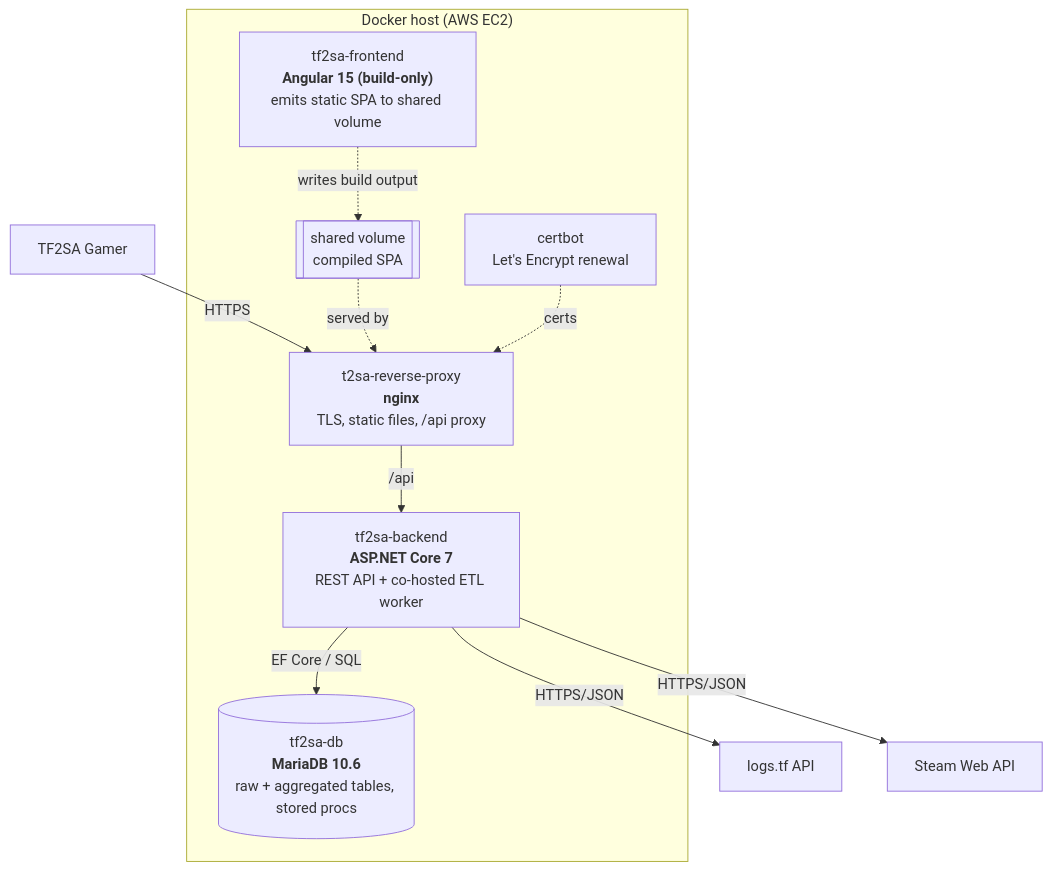
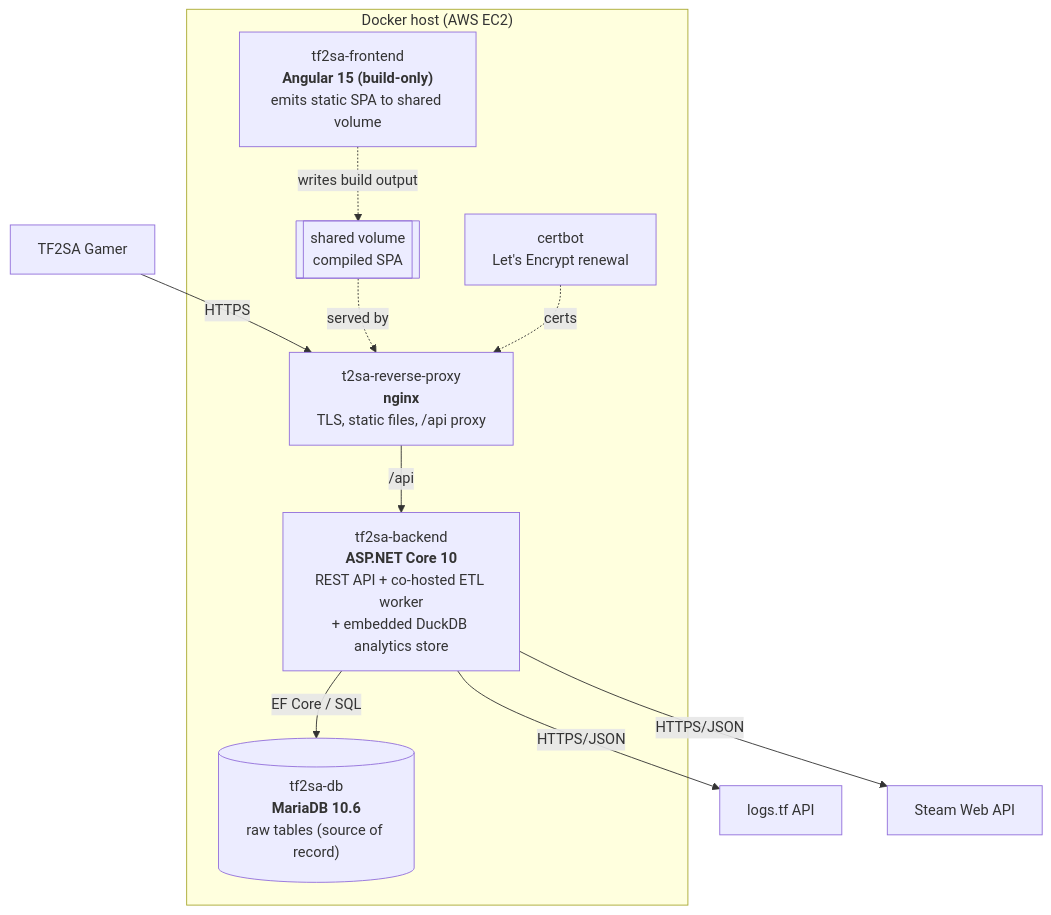
Before and after one commit to DeradoZA/tf2sa: the second of 3 diagrams in docs/architecture/overview.md, drawn with Mermaid. The commit also changed other lines of this file and 12 other files, not shown here.

First line of the commit message:
docs: DuckDB analytics read-layer design (ADR 0008) + .NET 10 notes

````diff
--- a/docs/architecture/overview.md
+++ b/docs/architecture/overview.md
@@ -53,25 +53,25 @@
 ```mermaid
 flowchart TB
     gamer["TF2SA Gamer"]
 
     subgraph host["Docker host (AWS EC2)"]
         proxy["t2sa-reverse-proxy<br/><b>nginx</b><br/>TLS, static files, /api proxy"]
         frontend["tf2sa-frontend<br/><b>Angular 15 (build-only)</b><br/>emits static SPA to shared volume"]
-        backend["tf2sa-backend<br/><b>ASP.NET Core 7</b><br/>REST API + co-hosted ETL worker"]
-        db[("tf2sa-db<br/><b>MariaDB 10.6</b><br/>raw + aggregated tables, stored procs")]
+        backend["tf2sa-backend<br/><b>ASP.NET Core 10</b><br/>REST API + co-hosted ETL worker<br/>+ embedded DuckDB analytics store"]
+        db[("tf2sa-db<br/><b>MariaDB 10.6</b><br/>raw tables (source of record)")]
         certbot["certbot<br/>Let's Encrypt renewal"]
         vol[["shared volume<br/>compiled SPA"]]
     end
 
     logstf["logs.tf API"]
     steam["Steam Web API"]
 
     gamer -->|HTTPS| proxy
     frontend -.->|writes build output| vol
     vol -.->|served by| proxy
     proxy -->|/api| backend
     backend -->|EF Core / SQL| db
     backend -->|HTTPS/JSON| logstf
     backend -->|HTTPS/JSON| steam
     certbot -.->|certs| proxy
 ```
````
